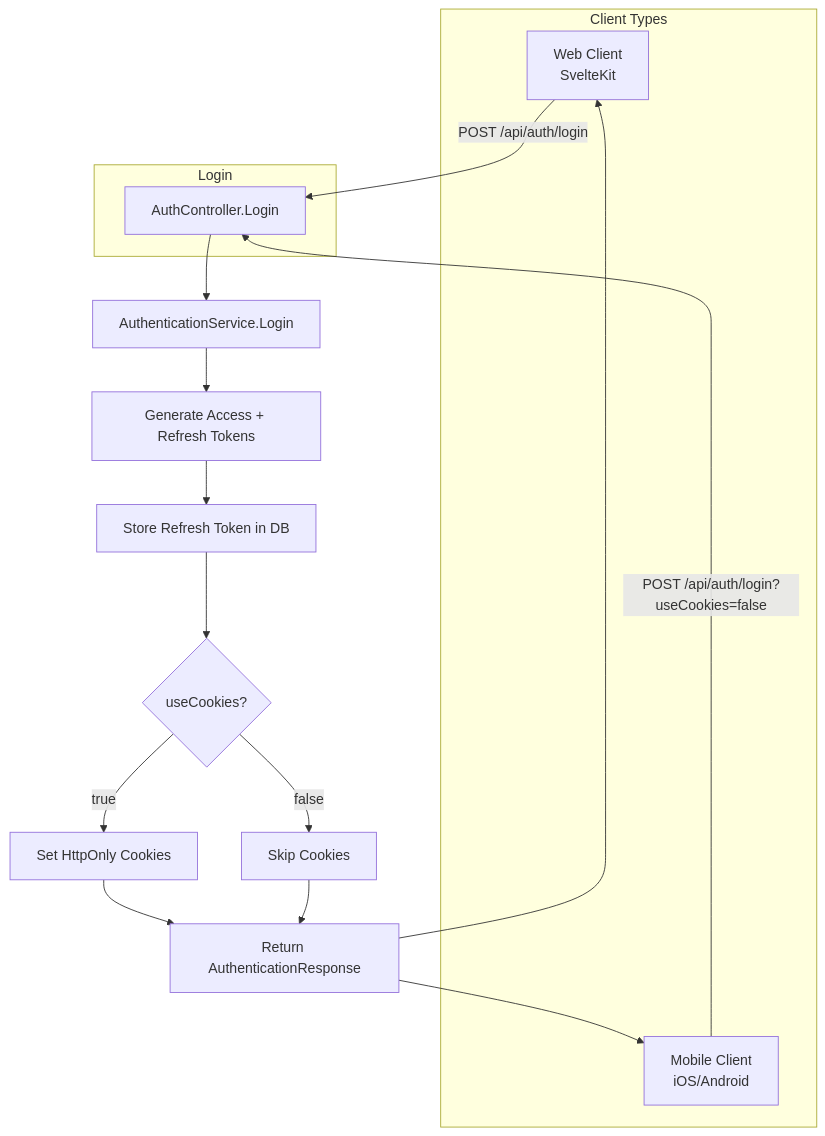
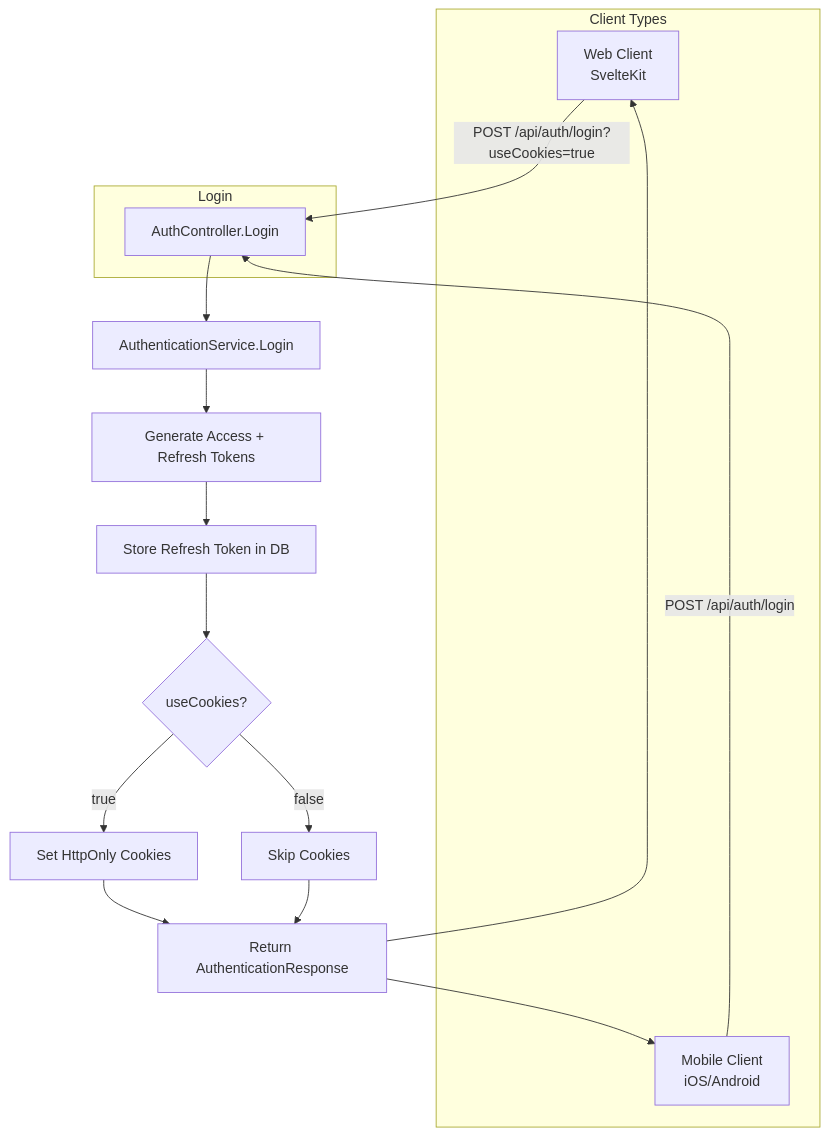
Before and after one commit to fpindej/netrock: the first of 2 diagrams in docs/sessions/2026-02-07-dual-auth-bearer-cookie.md, drawn with Mermaid. The commit also changed other lines of this file, not shown here.

Commit message:
docs: update session notes with frontend changes and useCookies default

````diff
--- a/docs/sessions/2026-02-07-dual-auth-bearer-cookie.md
+++ b/docs/sessions/2026-02-07-dual-auth-bearer-cookie.md
@@ -48,26 +61,26 @@
 ```mermaid
 flowchart TD
     subgraph Client Types
         Web[Web Client<br/>SvelteKit]
         Mobile[Mobile Client<br/>iOS/Android]
     end
 
     subgraph Login
-        Web -->|POST /api/auth/login| LoginEndpoint[AuthController.Login]
-        Mobile -->|POST /api/auth/login?useCookies=false| LoginEndpoint
+        Web -->|POST /api/auth/login?useCookies=true| LoginEndpoint[AuthController.Login]
+        Mobile -->|POST /api/auth/login| LoginEndpoint
     end
 
     LoginEndpoint --> AuthService[AuthenticationService.Login]
     AuthService --> GenerateTokens[Generate Access + Refresh Tokens]
     GenerateTokens --> StoreRefresh[Store Refresh Token in DB]
 
     StoreRefresh --> CheckCookies{useCookies?}
     CheckCookies -->|true| SetCookies[Set HttpOnly Cookies]
     CheckCookies -->|false| SkipCookies[Skip Cookies]
 
     SetCookies --> ReturnBody[Return AuthenticationResponse]
     SkipCookies --> ReturnBody
 
     ReturnBody --> Web
     ReturnBody --> Mobile
 ```
````
